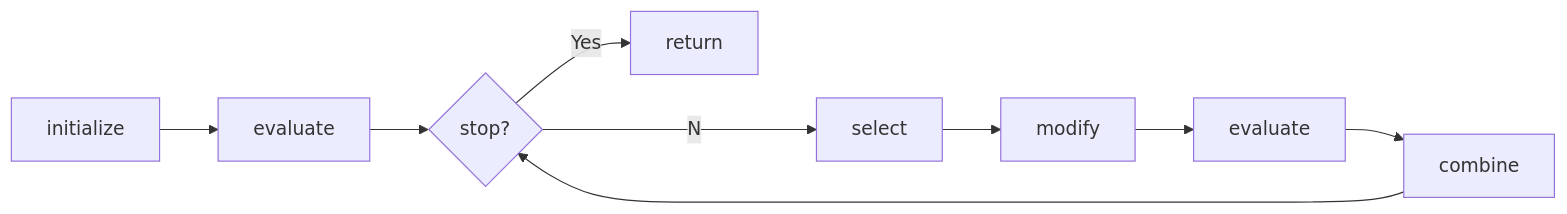
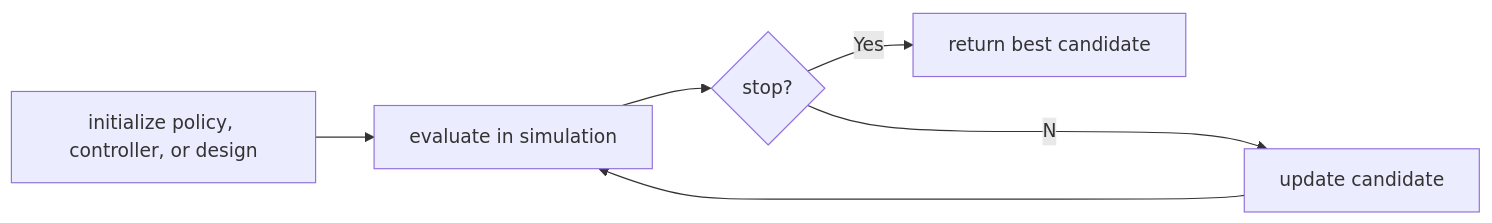
The second of 2 diagrams in 2026-icra/presentation.qmd (anthonyjclark/simer-tutorial), drawn with Mermaid before and after one commit. The commit also changed other lines of this file, not shown here.

````diff
--- a/2026-icra/presentation.qmd
+++ b/2026-icra/presentation.qmd
@@ -88,13 +184,10 @@
 ```{mermaid}
 %%| fig-align: center
 
 flowchart LR
-    Init[initialize] --> Eval[evaluate]
+    Init[initialize policy, controller, or design] --> Eval[evaluate in simulation]
     Eval --> Stop{stop?}
-    Stop --Yes--> Retn[return]
-    Stop --No--> Sele[select]
-    Sele --> Modi[modify]
-    Modi --> Evl2[evaluate]
-    Evl2 --> Comb[combine]
-    Comb --> Stop
+    Stop --Yes--> Retn[return best candidate]
+    Stop --No--> Update[update candidate]
+    Update --> Eval
 ```
````
